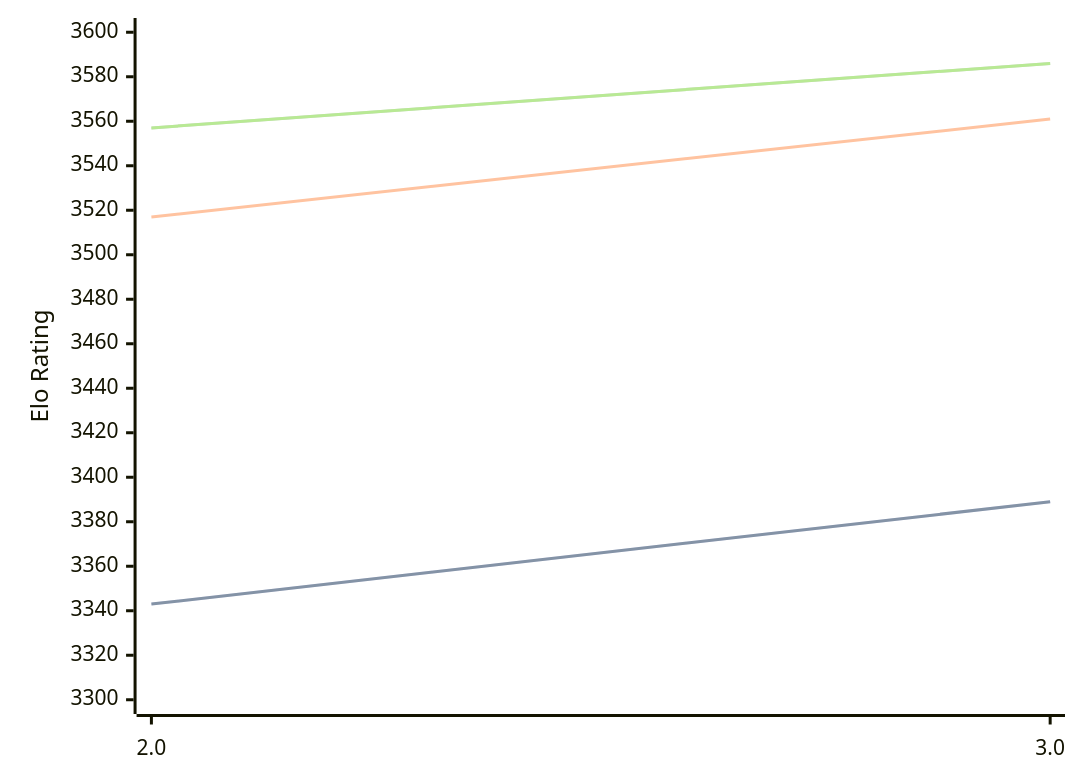
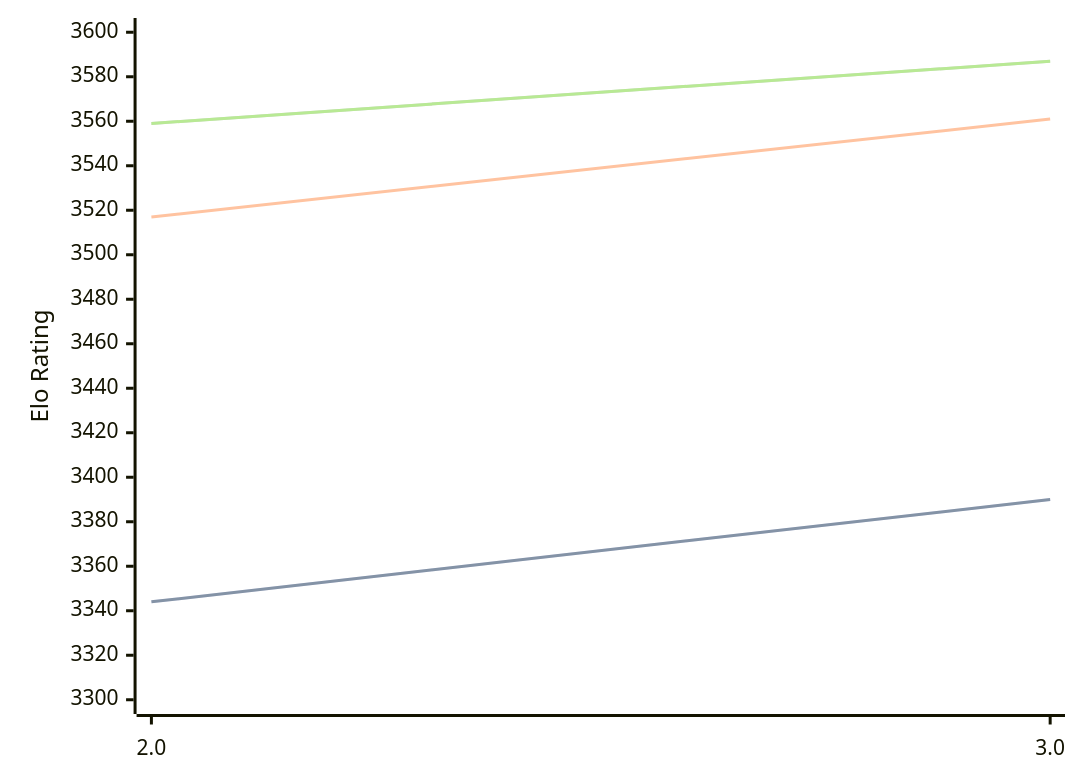
The diagram in engines/Quanticade.md (computer-chess-index/cci), drawn with Mermaid before and after one commit. The commit also changed other lines of this file, not shown here.

Commit message:
Update CCI Ratings (ELO VLTC) - 2026-05-06

````diff
--- a/engines/Quanticade.md
+++ b/engines/Quanticade.md
@@ -41,11 +41,11 @@
 ```mermaid
 %%{init: {"theme":"base","themeVariables":{"seriesColors:['#a3a3a3','#222221','#faa371']}}}%%
 xychart-beta
   x-axis ["2.0", "3.0"]
   y-axis "Elo Rating" 3300 --> 3600
-  line "STC (8.0+0.08s)" [3343, 3389]
-  line "STC (8.0+0.08s)" [3343, 3389]
+  line "STC (8.0+0.08s)" [3344, 3390]
+  line "STC (8.0+0.08s)" [3344, 3390]
   line "LTC (60.0+0.60s)" [3517, 3561]
-  line "VLTC (2m24s+1.12s)" [3557, 3586]
-  line "VLTC (2m24s+1.12s)" [3557, 3586]
+  line "VLTC (2m24s+1.12s)" [3559, 3587]
+  line "VLTC (2m24s+1.12s)" [3559, 3587]
 ```
````
